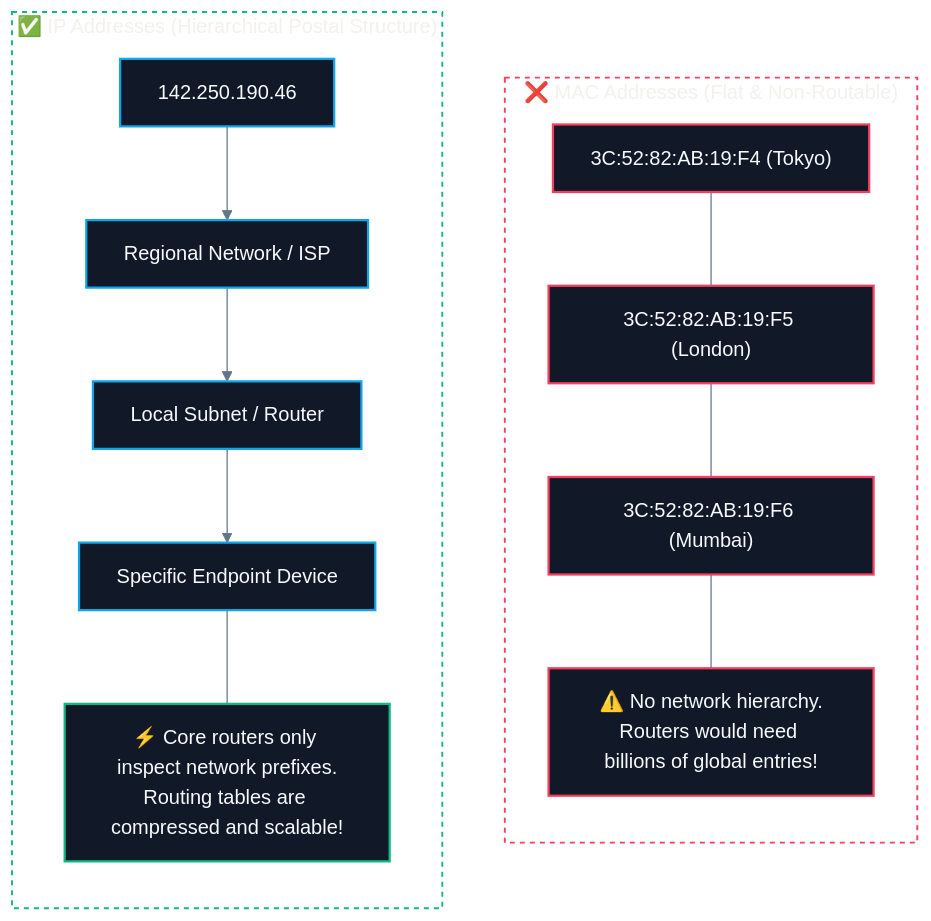
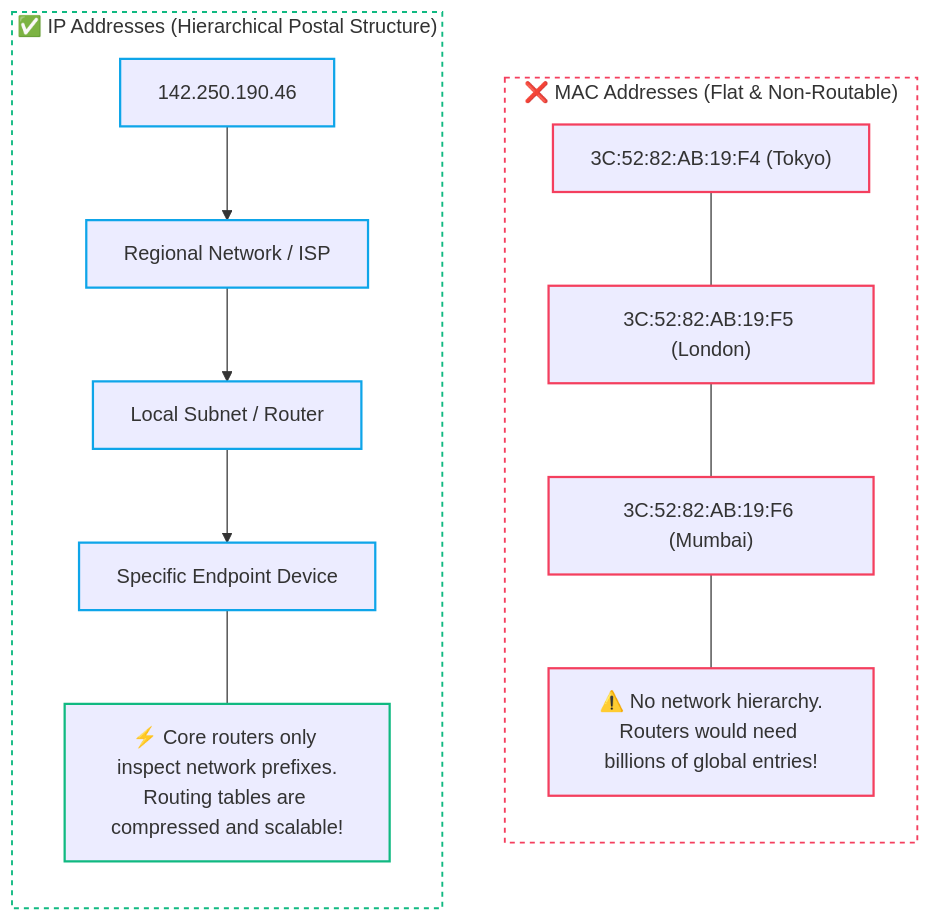
The diagram in CS/Computer Networking/03. IP Addressing & Subnetting/01. IP Addressing Fundamentals.md (abhinavbharti2345/CS_Notes), drawn with Mermaid before and after one commit. The commit also changed 91 other files, not shown here.

````diff
--- a/CS/Computer Networking/03. IP Addressing & Subnetting/01. IP Addressing Fundamentals.md
+++ b/CS/Computer Networking/03. IP Addressing & Subnetting/01. IP Addressing Fundamentals.md
@@ -27,30 +27,29 @@
 ```mermaid
-%%{init: {'theme': 'base', 'themeVariables': { 'darkMode': true, 'background': '#0B0F14', 'mainBkg': '#111827', 'primaryColor': '#111827', 'primaryTextColor': '#F8FAFC', 'primaryBorderColor': '#38BDF8', 'lineColor': '#64748B', 'secondaryColor': '#0B0F14', 'tertiaryColor': '#0B0F14', 'clusterBkg': '#0B0F14', 'clusterBorder': '#38BDF8' }}}%%
 flowchart TD
     subgraph Flat["❌ MAC Addresses (Flat & Non-Routable)"]
         direction TD
         M1["3C:52:82:AB:19:F4 (Tokyo)"]
         M2["3C:52:82:AB:19:F5 (London)"]
         M3["3C:52:82:AB:19:F6 (Mumbai)"]
         FlatNote["⚠️ No network hierarchy.<br>Routers would need billions of global entries!"]
         M1 --- M2 --- M3 --- FlatNote
     end
 
     subgraph Hierarchical["✅ IP Addresses (Hierarchical Postal Structure)"]
         direction TD
         I1["142.250.190.46"] --> AS["Regional Network / ISP"] --> Subnet["Local Subnet / Router"] --> Host["Specific Endpoint Device"]
         HierNote["⚡ Core routers only inspect network prefixes.<br>Routing tables are compressed and scalable!"]
         Host --- HierNote
     end
 
     style Flat fill:none,stroke:#f43f5e,stroke-width:1.5px,stroke-dasharray:4 4
     style Hierarchical fill:none,stroke:#10b981,stroke-width:1.5px,stroke-dasharray:4 4
 
-    classDef flatNode fill:#111827,stroke:#f43f5e,stroke-width:1.8px,color:#F8FAFC;
-    classDef hierNode fill:#111827,stroke:#10b981,stroke-width:1.8px,color:#F8FAFC;
-    classDef stepNode fill:#111827,stroke:#0ea5e9,stroke-width:1.8px,color:#F8FAFC;
+    classDef flatNode stroke:#f43f5e,stroke-width:1.8px;
+    classDef hierNode stroke:#10b981,stroke-width:1.8px;
+    classDef stepNode stroke:#0ea5e9,stroke-width:1.8px;
 
     class M1,M2,M3,FlatNote flatNode;
     class I1,AS,Subnet,Host stepNode;
     class HierNote hierNode;
 ```
````
